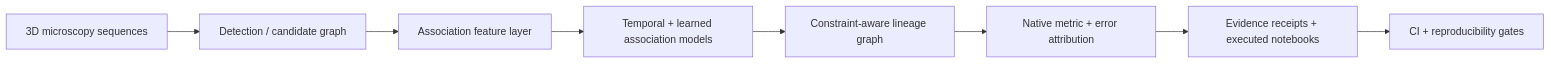
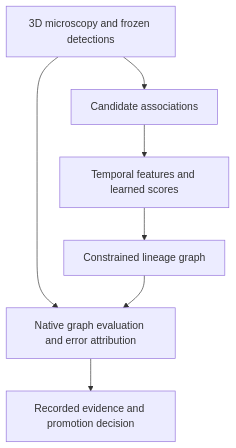
One commit to alvaromendizabal/biohub-cell-tracking-during-development changed the diagram in README.md. Above: the diagram before and after it, drawn with Mermaid. The commit also changed other lines of this file and 20 other files, not shown here.

Commit message:
Improve archived Biohub portfolio and lineage reproducibility (#13)

````diff
--- a/README.md
+++ b/README.md
@@ -29,10 +30,9 @@
 ```mermaid
-flowchart LR
-    A[3D microscopy sequences] --> B[Detection / candidate graph]
-    B --> C[Association feature layer]
-    C --> D[Temporal + learned association models]
-    D --> E[Constraint-aware lineage graph]
-    E --> F[Native metric + error attribution]
-    F --> G[Evidence receipts + executed notebooks]
-    G --> H[CI + reproducibility gates]
+flowchart TD
+    A["3D microscopy and frozen detections"] --> B["Candidate associations"]
+    B --> C["Temporal features and learned scores"]
+    C --> D["Constrained lineage graph"]
+    A --> E["Native graph evaluation and error attribution"]
+    D --> E
+    E --> F["Recorded evidence and promotion decision"]
 ```
````
